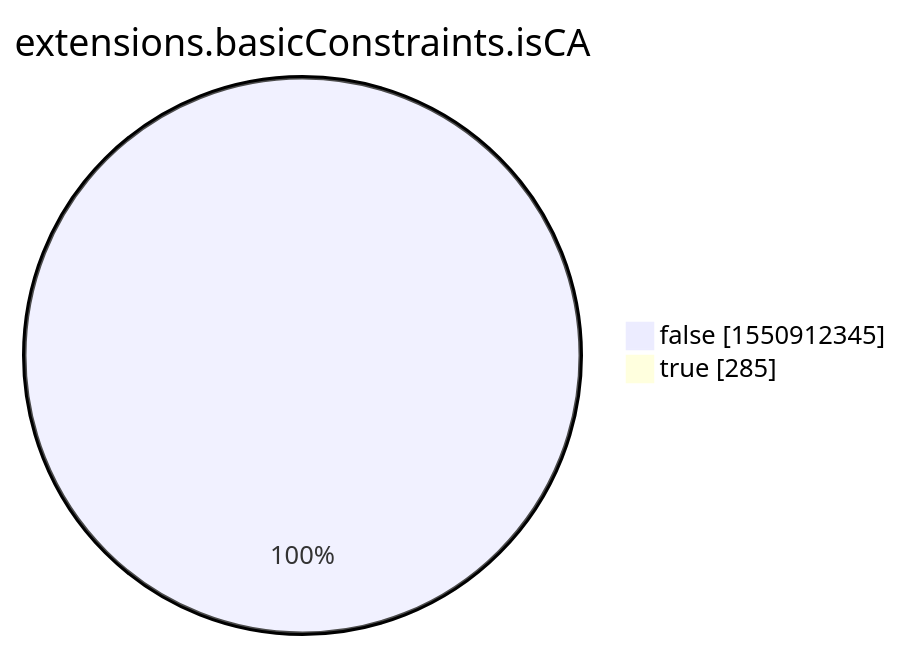
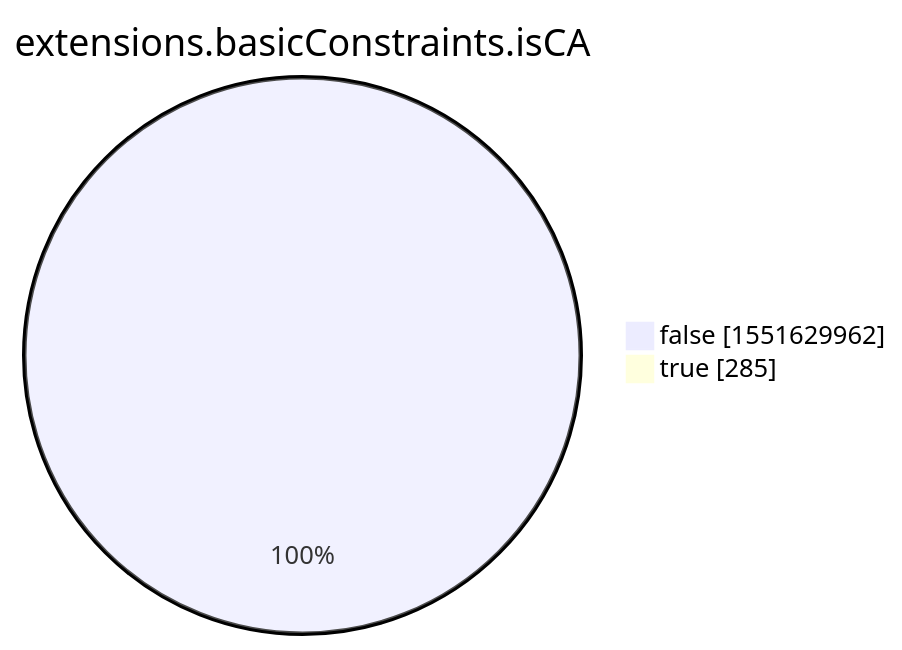
Before and after one commit to christiankrug/ctmonitor_visualization: the eighth of 15 diagrams in xenon2022/README.md, drawn with Mermaid. The commit also changed other lines of this file, not shown here.

````diff
--- a/xenon2022/README.md
+++ b/xenon2022/README.md
@@ -2860,6 +2860,6 @@
 ```mermaid
 pie showData
 title extensions.basicConstraints.isCA
-"false" :1550912345
+"false" :1551629962
 "true" :285
 ```
````
